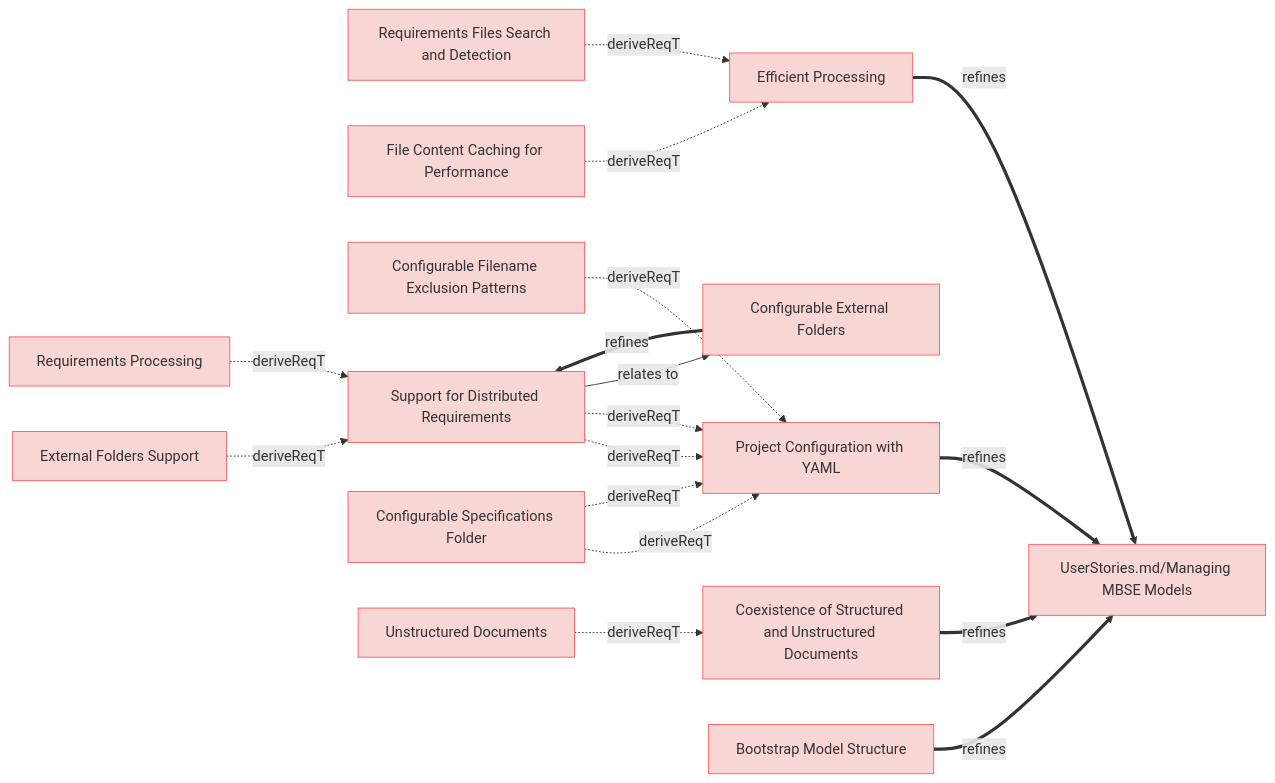
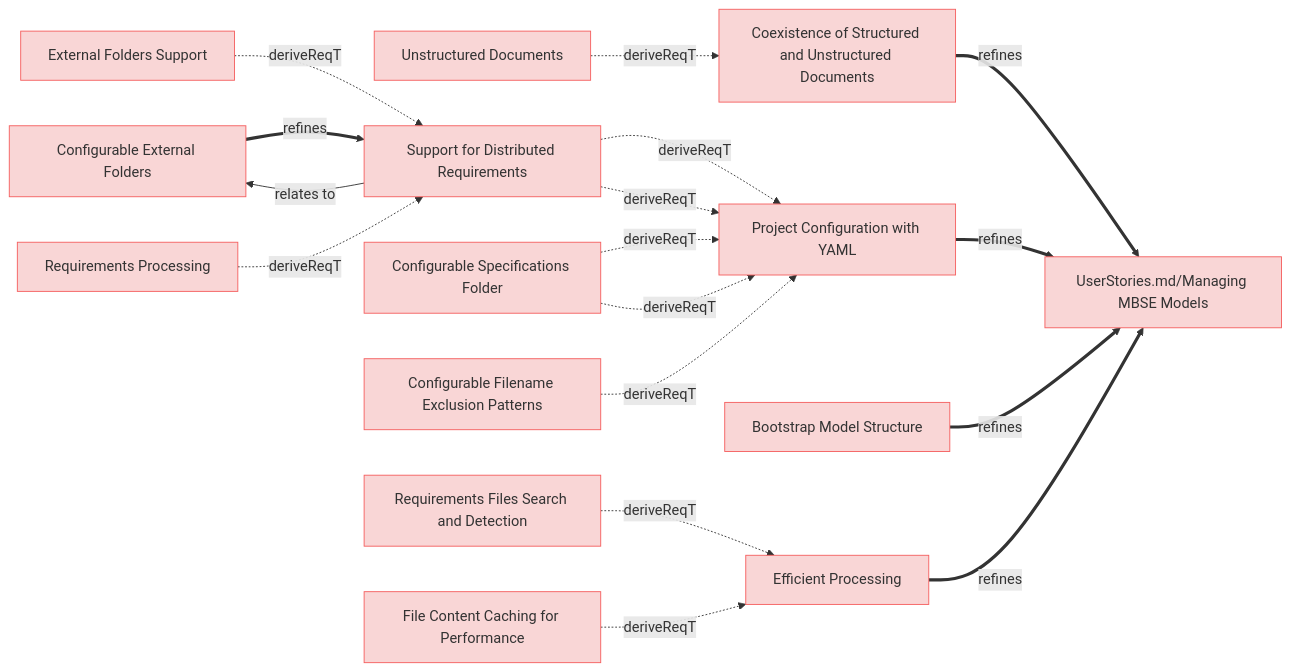
Before and after one commit to reqvire-org/reqvire: the diagram in specifications/ManagingMbseModelsRequirements.md, drawn with Mermaid. The commit also changed other lines of this file and 7 other files, not shown here.

Commit message:
Updated diagrams.

````diff
--- a/specifications/ManagingMbseModelsRequirements.md
+++ b/specifications/ManagingMbseModelsRequirements.md
@@ -4,67 +4,67 @@
 ```mermaid
 graph LR;
   %% Graph styling
   classDef requirement fill:#f9d6d6,stroke:#f55f5f,stroke-width:1px;
   classDef verification fill:#d6f9d6,stroke:#5fd75f,stroke-width:1px;
   classDef externalLink fill:#d0e0ff,stroke:#3080ff,stroke-width:1px;
   classDef default fill:#f5f5f5,stroke:#333333,stroke-width:1px;
 
+  daadd8e583["Coexistence of Structured and Unstructured Documents"];
+  click daadd8e583 "ManagingMbseModelsRequirements.md#coexistence-of-structured-and-unstructured-documents";
+  class daadd8e583 requirement;
+  852dea6cfe["UserStories.md/Managing MBSE Models"];
+  class 852dea6cfe requirement;
+  click 852dea6cfe "UserStories.md#managing-mbse-models";
+  daadd8e583 ==>|refines| 852dea6cfe;
+  5a1719a264["Unstructured Documents"];
+  class 5a1719a264 requirement;
+  click 5a1719a264 "SystemRequirements/Requirements.md#unstructured-documents";
+  5a1719a264 -.->|deriveReqT| daadd8e583;
+  a5483b08d4["Configurable External Folders"];
+  click a5483b08d4 "ManagingMbseModelsRequirements.md#configurable-external-folders";
+  class a5483b08d4 requirement;
+  e7286123b1["Support for Distributed Requirements"];
+  class e7286123b1 requirement;
+  click e7286123b1 "ManagingMbseModelsRequirements.md#support-for-distributed-requirements";
+  a5483b08d4 ==>|refines| e7286123b1;
+  61be4a1815["Configurable Specifications Folder"];
+  click 61be4a1815 "ManagingMbseModelsRequirements.md#configurable-specifications-folder";
+  class 61be4a1815 requirement;
+  ce24dbacb9["Project Configuration with YAML"];
+  class ce24dbacb9 requirement;
+  click ce24dbacb9 "ManagingMbseModelsRequirements.md#project-configuration-with-yaml";
+  61be4a1815 -.->|deriveReqT| ce24dbacb9;
+  96bbd81f5c["Bootstrap Model Structure"];
+  click 96bbd81f5c "ManagingMbseModelsRequirements.md#bootstrap-model-structure";
+  class 96bbd81f5c requirement;
+  96bbd81f5c ==>|refines| 852dea6cfe;
+  e7286123b1 -.->|deriveReqT| ce24dbacb9;
+  d38ab4ad13["External Folders Support"];
+  class d38ab4ad13 requirement;
+  click d38ab4ad13 "SystemRequirements/Requirements.md#external-folders-support";
+  d38ab4ad13 -.->|deriveReqT| e7286123b1;
+  e7286123b1 -->|relates to| a5483b08d4;
+  99bed90a0d["Requirements Processing"];
+  class 99bed90a0d requirement;
+  click 99bed90a0d "SystemRequirements/Requirements.md#requirements-processing";
+  99bed90a0d -.->|deriveReqT| e7286123b1;
+  ce24dbacb9 ==>|refines| 852dea6cfe;
+  61be4a1815 -.->|deriveReqT| ce24dbacb9;
+  e7286123b1 -.->|deriveReqT| ce24dbacb9;
+  cc8128cae3["Configurable Filename Exclusion Patterns"];
+  class cc8128cae3 requirement;
+  click cc8128cae3 "SystemRequirements/Requirements.md#configurable-filename-exclusion-patterns";
+  cc8128cae3 -.->|deriveReqT| ce24dbacb9;
   21e4eb87cb["Efficient Processing"];
   click 21e4eb87cb "ManagingMbseModelsRequirements.md#efficient-processing";
   class 21e4eb87cb requirement;
-  852dea6cfe["UserStories.md/Managing MBSE Models"];
-  class 852dea6cfe requirement;
-  click 852dea6cfe "UserStories.md#managing-mbse-models";
   21e4eb87cb ==>|refines| 852dea6cfe;
   2737f2d770["Requirements Files Search and Detection"];
   class 2737f2d770 requirement;
   click 2737f2d770 "SystemRequirements/Requirements.md#requirements-files-search-and-detection";
   2737f2d770 -.->|deriveReqT| 21e4eb87cb;
   98bd2bd6bd["File Content Caching for Performance"];
   class 98bd2bd6bd requirement;
   click 98bd2bd6bd "SystemRequirements/Requirements.md#file-content-caching-for-performance";
   98bd2bd6bd -.->|deriveReqT| 21e4eb87cb;
-  ce24dbacb9["Project Configuration with YAML"];
-  click ce24dbacb9 "ManagingMbseModelsRequirements.md#project-configuration-with-yaml";
-  class ce24dbacb9 requirement;
-  ce24dbacb9 ==>|refines| 852dea6cfe;
-  cc8128cae3["Configurable Filename Exclusion Patterns"];
-  class cc8128cae3 requirement;
-  click cc8128cae3 "SystemRequirements/Requirements.md#configurable-filename-exclusion-patterns";
-  cc8128cae3 -.->|deriveReqT| ce24dbacb9;
-  e7286123b1["Support for Distributed Requirements"];
-  class e7286123b1 requirement;
-  click e7286123b1 "ManagingMbseModelsRequirements.md#support-for-distributed-requirements";
-  e7286123b1 -.->|deriveReqT| ce24dbacb9;
-  61be4a1815["Configurable Specifications Folder"];
-  class 61be4a1815 requirement;
-  click 61be4a1815 "ManagingMbseModelsRequirements.md#configurable-specifications-folder";
-  61be4a1815 -.->|deriveReqT| ce24dbacb9;
-  a5483b08d4["Configurable External Folders"];
-  click a5483b08d4 "ManagingMbseModelsRequirements.md#configurable-external-folders";
-  class a5483b08d4 requirement;
-  a5483b08d4 ==>|refines| e7286123b1;
-  daadd8e583["Coexistence of Structured and Unstructured Documents"];
-  click daadd8e583 "ManagingMbseModelsRequirements.md#coexistence-of-structured-and-unstructured-documents";
-  class daadd8e583 requirement;
-  daadd8e583 ==>|refines| 852dea6cfe;
-  5a1719a264["Unstructured Documents"];
-  class 5a1719a264 requirement;
-  click 5a1719a264 "SystemRequirements/Requirements.md#unstructured-documents";
-  5a1719a264 -.->|deriveReqT| daadd8e583;
-  96bbd81f5c["Bootstrap Model Structure"];
-  click 96bbd81f5c "ManagingMbseModelsRequirements.md#bootstrap-model-structure";
-  class 96bbd81f5c requirement;
-  96bbd81f5c ==>|refines| 852dea6cfe;
-  e7286123b1 -.->|deriveReqT| ce24dbacb9;
-  e7286123b1 -->|relates to| a5483b08d4;
-  d38ab4ad13["External Folders Support"];
-  class d38ab4ad13 requirement;
-  click d38ab4ad13 "SystemRequirements/Requirements.md#external-folders-support";
-  d38ab4ad13 -.->|deriveReqT| e7286123b1;
-  99bed90a0d["Requirements Processing"];
-  class 99bed90a0d requirement;
-  click 99bed90a0d "SystemRequirements/Requirements.md#requirements-processing";
-  99bed90a0d -.->|deriveReqT| e7286123b1;
-  61be4a1815 -.->|deriveReqT| ce24dbacb9;
 ```
````
